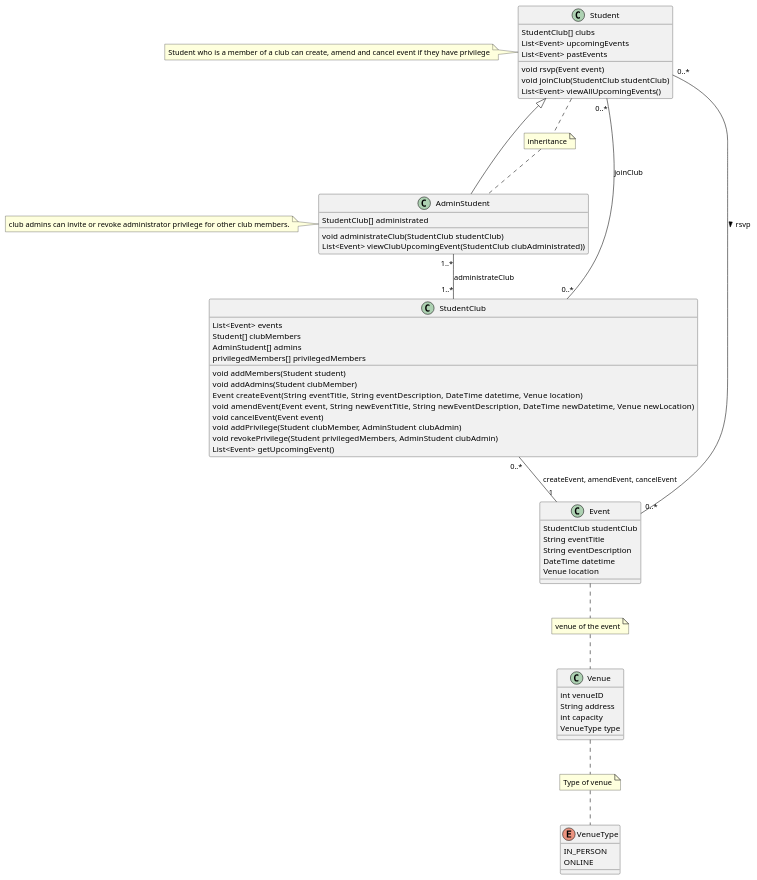
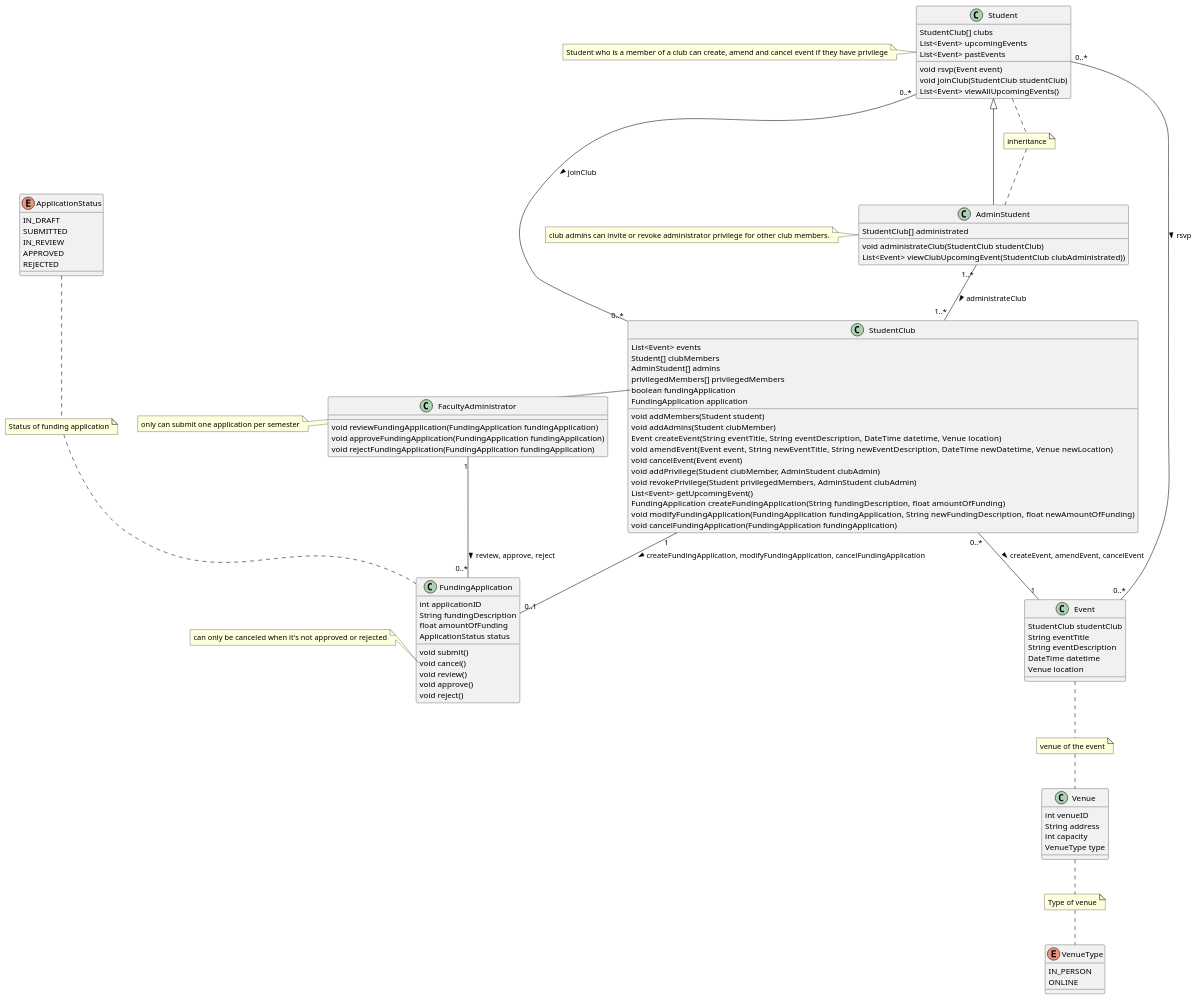
Before and after one commit to PatLi315/StudentClub: the diagram in docs/part1/events_management_domain_model.puml, drawn with PlantUML.

Commit message:
Complete the fifth paragraph of application domain for the domain model diagram

```diff
--- a/docs/part1/events_management_domain_model.puml
+++ b/docs/part1/events_management_domain_model.puml
@@ -1,76 +1,123 @@
 @startuml
 class Student {
     StudentClub[] clubs
     List<Event> upcomingEvents
     List<Event> pastEvents
     void rsvp(Event event)
     void joinClub(StudentClub studentClub)
     List<Event> viewAllUpcomingEvents()
 }
 note left of Student: Student who is a member of a club can create, amend and cancel event if \
 they have privilege
 
 class AdminStudent extends Student {
     StudentClub[] administrated
     void administrateClub(StudentClub studentClub)
     List<Event> viewClubUpcomingEvent(StudentClub clubAdministrated))
 }
 note left of AdminStudent: club admins can invite or revoke administrator privilege \
 for other club members.
 
 note "inheritance" as N1
 Student .. N1
 N1 .. AdminStudent
 
 class StudentClub {
     List<Event> events
     Student[] clubMembers
     AdminStudent[] admins
     privilegedMembers[] privilegedMembers
+    boolean fundingApplication
+    FundingApplication application
     void addMembers(Student student)
     void addAdmins(Student clubMember)
     Event createEvent(String eventTitle, String eventDescription, DateTime datetime, \
     Venue location)
     void amendEvent(Event event, String newEventTitle, String newEventDescription, \
     DateTime newDatetime, Venue newLocation)
     void cancelEvent(Event event)
     void addPrivilege(Student clubMember, AdminStudent clubAdmin)
     void revokePrivilege(Student privilegedMembers, AdminStudent clubAdmin)
     List<Event> getUpcomingEvent()
+    FundingApplication createFundingApplication(String fundingDescription, \
+    float amountOfFunding)
+    void modifyFundingApplication(FundingApplication fundingApplication, String newFundingDescription, \
+    float newAmountOfFunding)
+    void cancelFundingApplication(FundingApplication fundingApplication)
 }
+
+note left of StudentClub::fundingApplication
+    only can submit one application per semester
+end note
 
 class Venue {
     int venueID
     String address
     int capacity
     VenueType type
 }
 
 enum VenueType {
     IN_PERSON
     ONLINE
 }
 
 class Event {
     StudentClub studentClub
     String eventTitle
     String eventDescription
     DateTime datetime
     Venue location
 }
 
 note "venue of the event" as N2
 Event .. N2
 N2 .. Venue
 note "Type of venue" as N3
 Venue .. N3
 N3 .. VenueType
 
+class FundingApplication {
+    int applicationID
+    String fundingDescription
+    float amountOfFunding
+    ApplicationStatus status
+    void submit()
+    void cancel()
+    void review()
+    void approve()
+    void reject()
+}
+
+note left of FundingApplication::cancel()
+    can only be canceled when it's not approved or rejected
+end note
+
+enum ApplicationStatus {
+    IN_DRAFT
+    SUBMITTED
+    IN_REVIEW
+    APPROVED
+    REJECTED
+}
+
+note "Status of funding application" as N4
+ApplicationStatus .. N4
+N4 .. FundingApplication
+
+class FacultyAdministrator {
+    void reviewFundingApplication(FundingApplication fundingApplication)
+    void approveFundingApplication(FundingApplication fundingApplication)
+    void rejectFundingApplication(FundingApplication fundingApplication)
+}
+
 Student "0..*" -- "0..*" Event : rsvp >
-AdminStudent "1..*" -- "1..*" StudentClub : administrateClub
-Student "0..*" -- "0..*" StudentClub : joinClub
-StudentClub "0..*" -- "1" Event : createEvent, amendEvent, cancelEvent
-
+AdminStudent "1..*" -- "1..*" StudentClub : administrateClub >
+Student "0..*" -- "0..*" StudentClub : joinClub >
+StudentClub "0..*" -- "1" Event : createEvent, amendEvent, cancelEvent >
+StudentClub "1" -- "0..1" FundingApplication : createFundingApplication, \
+modifyFundingApplication, cancelFundingApplication >
+FacultyAdministrator "1" -- "0..*" FundingApplication : review, approve, reject >
 
 
 @enduml
```
